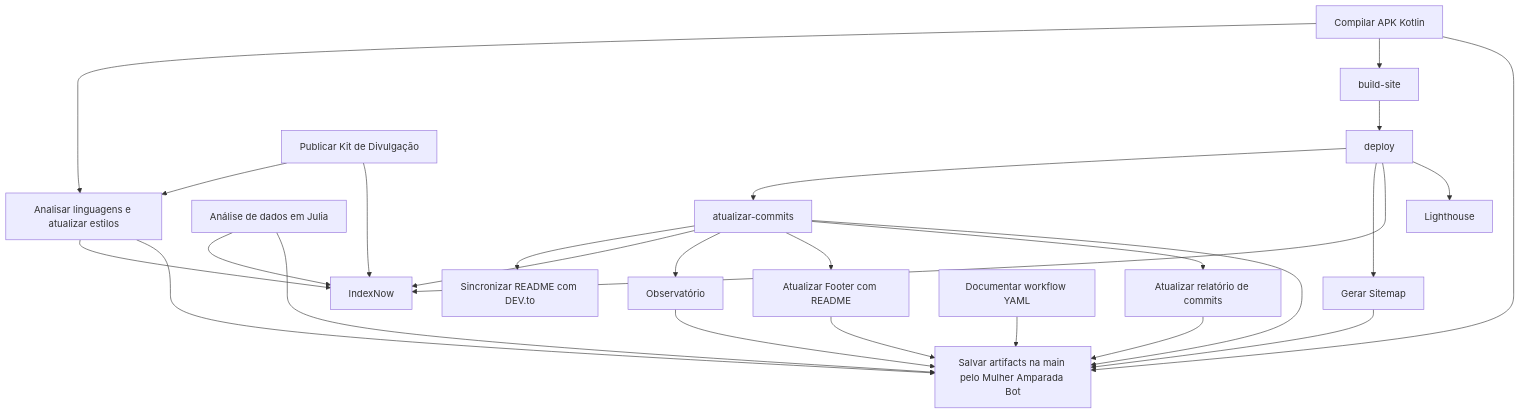
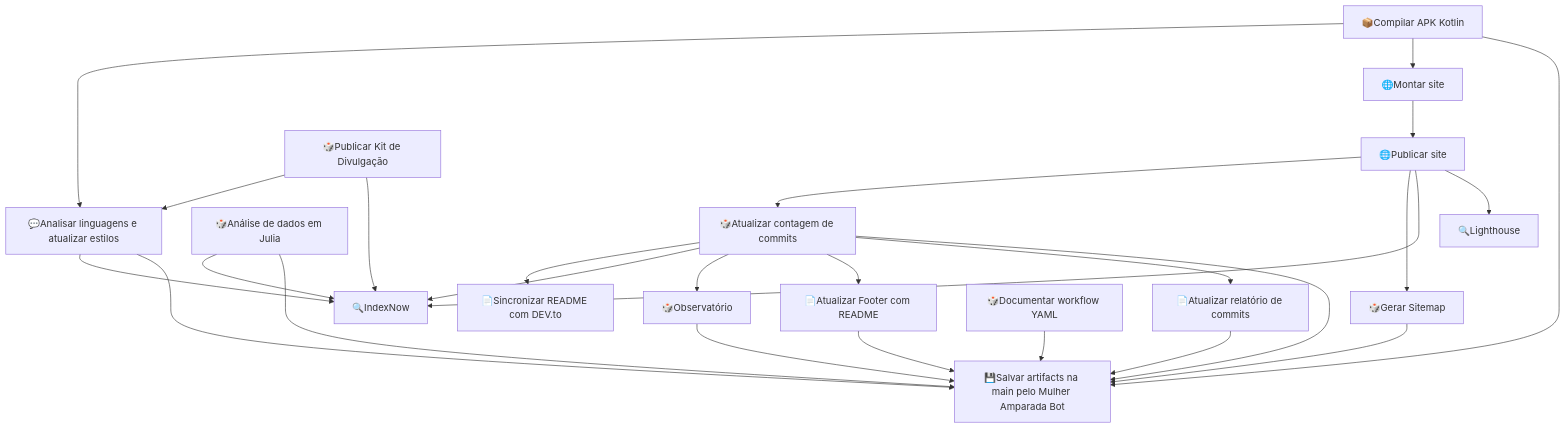
Before and after one commit to mulher-amparada/mulher-amparada-app: the diagram in pesquisas/workflow.md, drawn with Mermaid. The commit also changed other lines of this file and 7 other files, not shown here.

````diff
--- a/pesquisas/workflow.md
+++ b/pesquisas/workflow.md
@@ -33,44 +33,44 @@
 ```mermaid
 flowchart TD
-    job_build["Compilar APK Kotlin"]
-    job_linguagens["Analisar linguagens e atualizar estilos"]
-    job_bot["Análise de dados em Julia"]
-    job_build_site["build-site"]
-    job_deploy["deploy"]
-    job_atualizar_commits["atualizar-commits"]
-    job_sincronizar_devto["Sincronizar README com DEV.to"]
-    job_sitemap["Gerar Sitemap"]
-    job_indexnow["IndexNow"]
-    job_lighthouse["Lighthouse"]
-    job_publicar_divulgacao["Publicar Kit de Divulgação"]
-    job_observatorio["Observatório"]
-    job_atualizar_footer["Atualizar Footer com README"]
-    job_atualizar_relatorio_commits["Atualizar relatório de commits"]
-    job_pesquisar_projeto["Documentar workflow YAML"]
-    job_salvar_na_main["Salvar artifacts na main pelo Mulher Amparada Bot"]
+    job_build["📦Compilar APK Kotlin"]
+    job_linguagens["💬Analisar linguagens e atualizar estilos"]
+    job_bot["🎲Análise de dados em Julia"]
+    job_build_site["🌐Montar site"]
+    job_deploy["🌐Publicar site"]
+    job_atualizar_commits["🎲Atualizar contagem de commits"]
+    job_sincronizar_devto["📄Sincronizar README com DEV.to"]
+    job_sitemap["🎲Gerar Sitemap"]
+    job_indexnow["🔍IndexNow"]
+    job_lighthouse["🔍Lighthouse"]
+    job_publicar_divulgacao["🎲Publicar Kit de Divulgação"]
+    job_observatorio["🎲Observatório"]
+    job_atualizar_footer["📄Atualizar Footer com README"]
+    job_atualizar_relatorio_commits["📄Atualizar relatório de commits"]
+    job_pesquisar_projeto["🎲Documentar workflow YAML"]
+    job_salvar_na_main["💾Salvar artifacts na main pelo Mulher Amparada Bot"]
     job_build --> job_linguagens
     job_publicar_divulgacao --> job_linguagens
     job_build --> job_build_site
     job_build_site --> job_deploy
     job_deploy --> job_atualizar_commits
     job_atualizar_commits --> job_sincronizar_devto
     job_deploy --> job_sitemap
     job_deploy --> job_indexnow
     job_bot --> job_indexnow
     job_linguagens --> job_indexnow
     job_publicar_divulgacao --> job_indexnow
     job_atualizar_commits --> job_indexnow
     job_deploy --> job_lighthouse
     job_atualizar_commits --> job_observatorio
     job_atualizar_commits --> job_atualizar_footer
     job_atualizar_commits --> job_atualizar_relatorio_commits
     job_build --> job_salvar_na_main
     job_linguagens --> job_salvar_na_main
     job_bot --> job_salvar_na_main
     job_atualizar_commits --> job_salvar_na_main
     job_sitemap --> job_salvar_na_main
     job_atualizar_footer --> job_salvar_na_main
     job_atualizar_relatorio_commits --> job_salvar_na_main
     job_pesquisar_projeto --> job_salvar_na_main
     job_observatorio --> job_salvar_na_main
 ```
````
